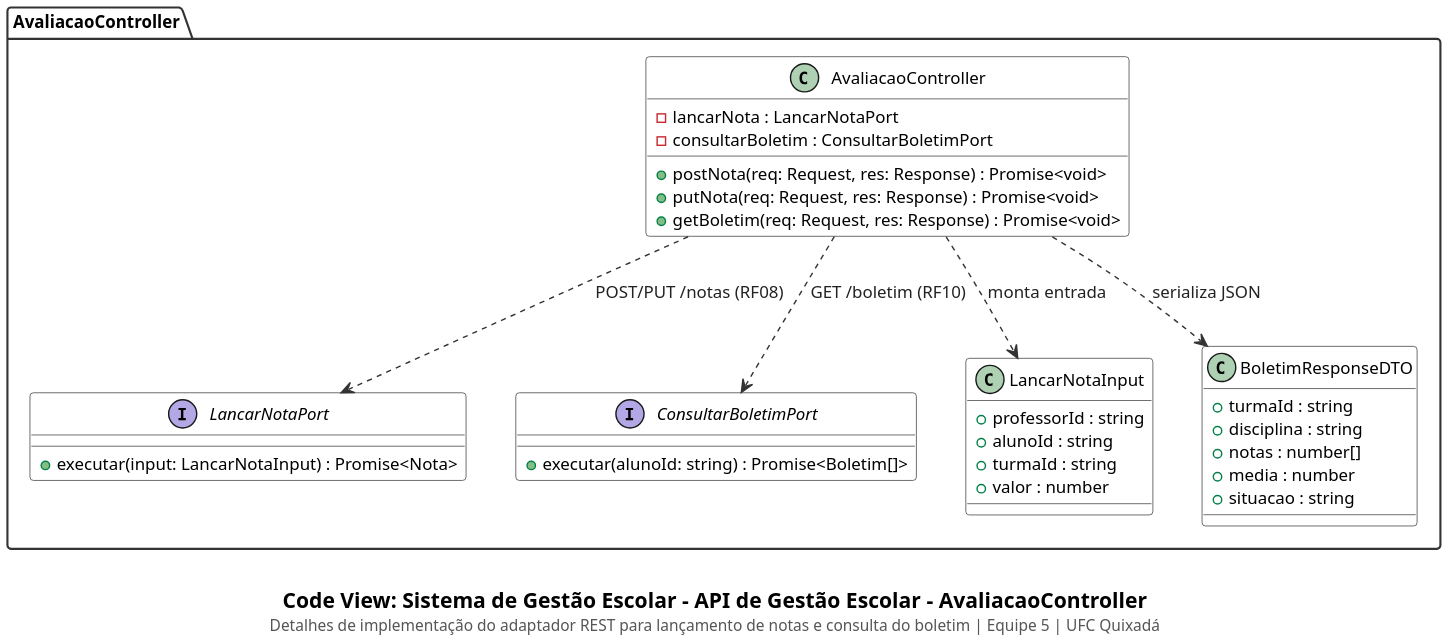
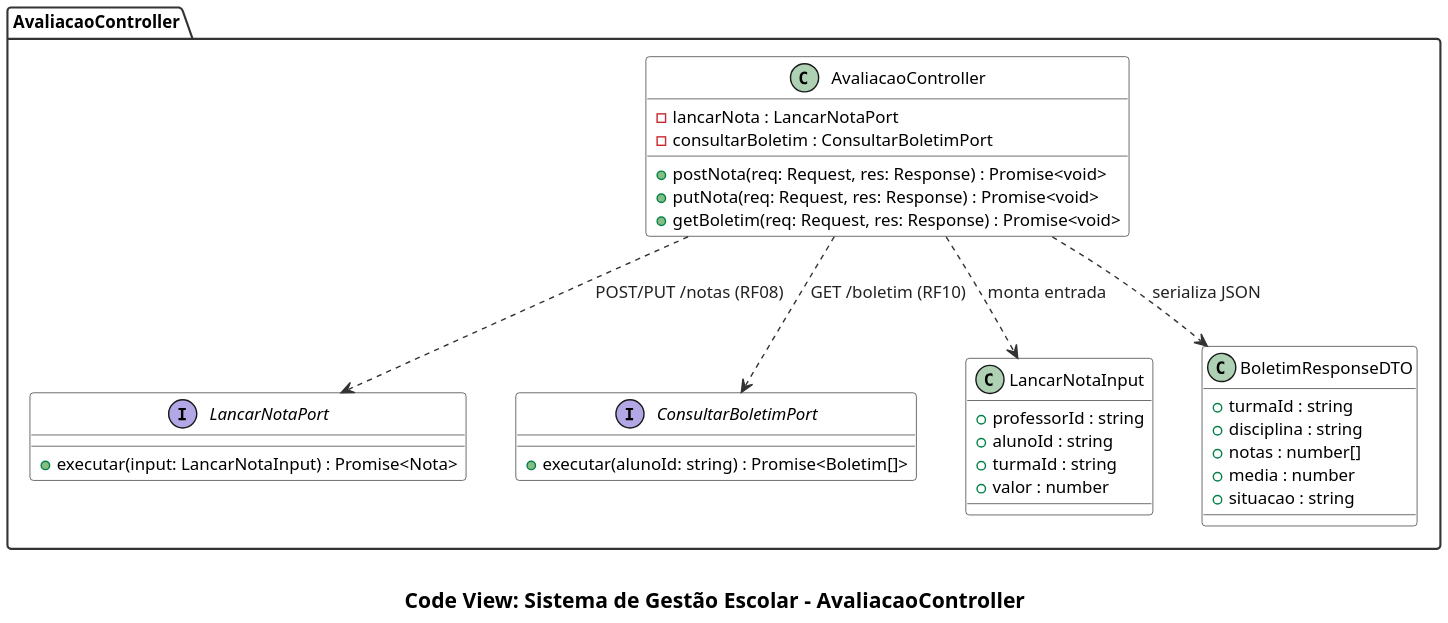
The diagram in docs/code/avaliacao-controller.puml (cicerocarnauba/sistema-gestao-escolar), drawn with PlantUML before and after one commit. The commit also changed 16 other files, not shown here.

Commit message:
docs: limpa legendas/timestamp dos diagramas C4 e atualiza README

```diff
--- a/docs/code/avaliacao-controller.puml
+++ b/docs/code/avaliacao-controller.puml
@@ -1,60 +1,60 @@
 @startuml
 set separator none
 top to bottom direction
 skinparam backgroundColor #FFFFFF
 skinparam shadowing false
 skinparam dpi 180
 skinparam defaultFontName "SansSerif"
 skinparam defaultFontSize 12
 skinparam packageStyle folder
 skinparam packageBackgroundColor #FFFFFF
 skinparam packageBorderColor #333333
 skinparam packageFontStyle bold
 skinparam classBackgroundColor #FFFFFF
 skinparam classHeaderBackgroundColor #FFFFFF
 skinparam classBorderColor #333333
 skinparam arrowColor #333333
 skinparam arrowFontColor #222222
 skinparam noteBackgroundColor #FAFAFA
 skinparam noteBorderColor #666666
 
 package "AvaliacaoController" as pkg_avaliacao_controller {
     interface LancarNotaPort {
         + executar(input: LancarNotaInput) : Promise<Nota>
     }
 
     interface ConsultarBoletimPort {
         + executar(alunoId: string) : Promise<Boletim[]>
     }
 
     class AvaliacaoController {
         - lancarNota : LancarNotaPort
         - consultarBoletim : ConsultarBoletimPort
         + postNota(req: Request, res: Response) : Promise<void>
         + putNota(req: Request, res: Response) : Promise<void>
         + getBoletim(req: Request, res: Response) : Promise<void>
     }
 
     class LancarNotaInput {
         + professorId : string
         + alunoId : string
         + turmaId : string
         + valor : number
     }
 
     class BoletimResponseDTO {
         + turmaId : string
         + disciplina : string
         + notas : number[]
         + media : number
         + situacao : string
     }
 
     AvaliacaoController ..> LancarNotaPort : POST/PUT /notas (RF08)
     AvaliacaoController ..> ConsultarBoletimPort : GET /boletim (RF10)
     AvaliacaoController ..> LancarNotaInput : monta entrada
     AvaliacaoController ..> BoletimResponseDTO : serializa JSON
 }
 
-caption \n<size:15><b>Code View: Sistema de Gestão Escolar - API de Gestão Escolar - AvaliacaoController</b></size>\n<size:11><color:#555555>Detalhes de implementação do adaptador REST para lançamento de notas e consulta do boletim | Equipe 5 | UFC Quixadá</color></size>
+caption \n<size:15><b>Code View: Sistema de Gestão Escolar - AvaliacaoController</b></size>
 @enduml
```
